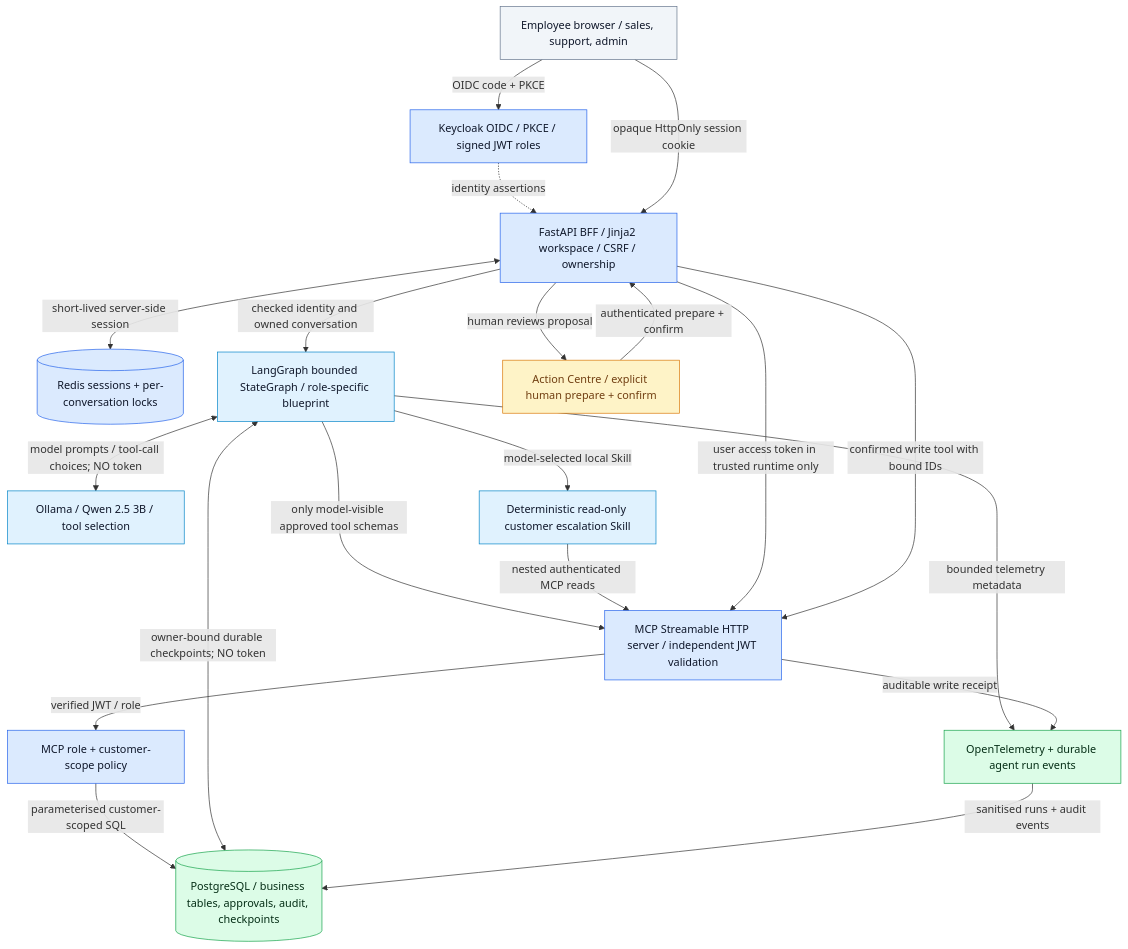
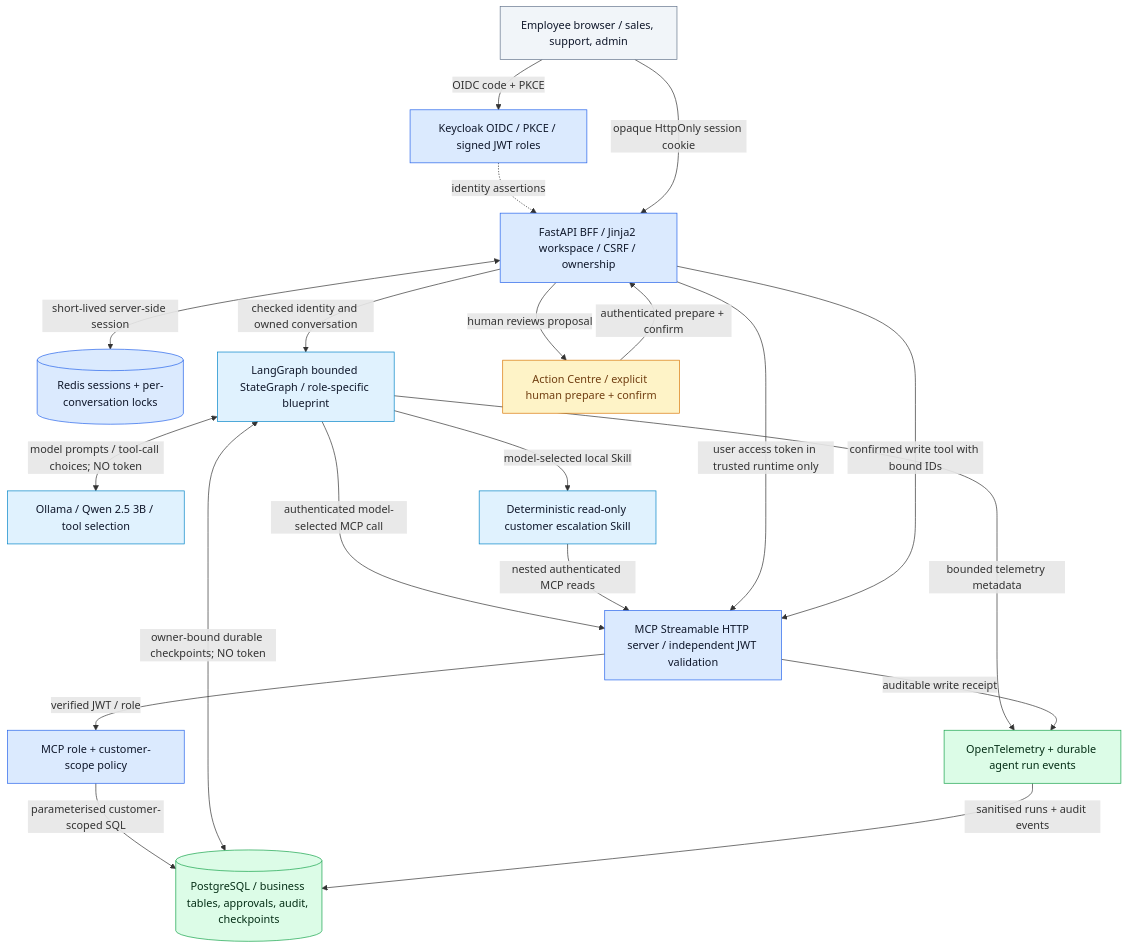
Before and after one commit to rastogivaibhav/AcmeOperationsCopilot: the first of 3 diagrams in docs/architecture-review.md, drawn with Mermaid. The commit also changed 1 other file, not shown here.

Commit message:
Correct least-privilege sharing guidance and diagram MCP boundary label

````diff
--- a/docs/architecture-review.md
+++ b/docs/architecture-review.md
@@ -9,46 +9,46 @@
 ```mermaid
 flowchart TB
   User["Employee browser / sales, support, admin"]
   KC["Keycloak OIDC / PKCE / signed JWT roles"]
   Web["FastAPI BFF / Jinja2 workspace / CSRF / ownership"]
   Redis[("Redis sessions + per-conversation locks")]
   Graph["LangGraph bounded StateGraph / role-specific blueprint"]
   LLM["Ollama / Qwen 2.5 3B / tool selection"]
   Skill["Deterministic read-only customer escalation Skill"]
   MCP["MCP Streamable HTTP server / independent JWT validation"]
   Policy["MCP role + customer-scope policy"]
   Pg[("PostgreSQL / business tables, approvals, audit, checkpoints")]
   Review["Action Centre / explicit human prepare + confirm"]
   Trace["OpenTelemetry + durable agent run events"]
 
   User -->|"OIDC code + PKCE"| KC
   KC -.->|"identity assertions"| Web
   User -->|"opaque HttpOnly session cookie"| Web
   Web <-->|"short-lived server-side session"| Redis
   Web -->|"checked identity and owned conversation"| Graph
   Graph <-->|"model prompts / tool-call choices; NO token"| LLM
-  Graph -->|"only model-visible approved tool schemas"| MCP
+  Graph -->|"authenticated model-selected MCP call"| MCP
   Graph -->|"model-selected local Skill"| Skill
   Skill -->|"nested authenticated MCP reads"| MCP
   Web -->|"user access token in trusted runtime only"| MCP
   MCP -->|"verified JWT / role"| Policy
   Policy -->|"parameterised customer-scoped SQL"| Pg
   Graph <-->|"owner-bound durable checkpoints; NO token"| Pg
   Web -->|"human reviews proposal"| Review
   Review -->|"authenticated prepare + confirm"| Web
   Web -->|"confirmed write tool with bound IDs"| MCP
   Graph -->|"bounded telemetry metadata"| Trace
   MCP -->|"auditable write receipt"| Trace
   Trace -->|"sanitised runs + audit events"| Pg
 
   classDef user fill:#f1f5f9,stroke:#64748b,color:#0f172a
   classDef trusted fill:#dbeafe,stroke:#2563eb,color:#0f172a
   classDef agent fill:#e0f2fe,stroke:#0284c7,color:#0f172a
   classDef data fill:#dcfce7,stroke:#16a34a,color:#052e16
   classDef gate fill:#fef3c7,stroke:#d97706,color:#713f12
   class User user
   class KC,Web,Redis,MCP,Policy trusted
   class Graph,LLM,Skill agent
   class Pg,Trace data
   class Review gate
 ```
````
